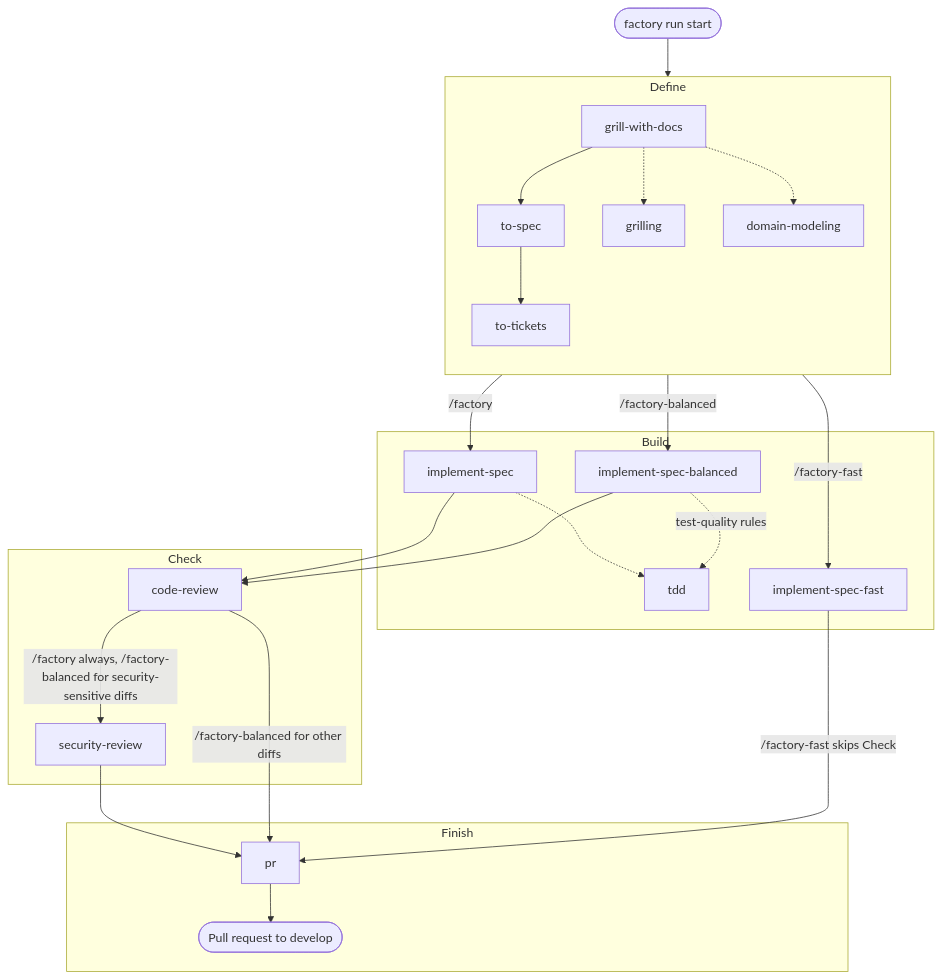
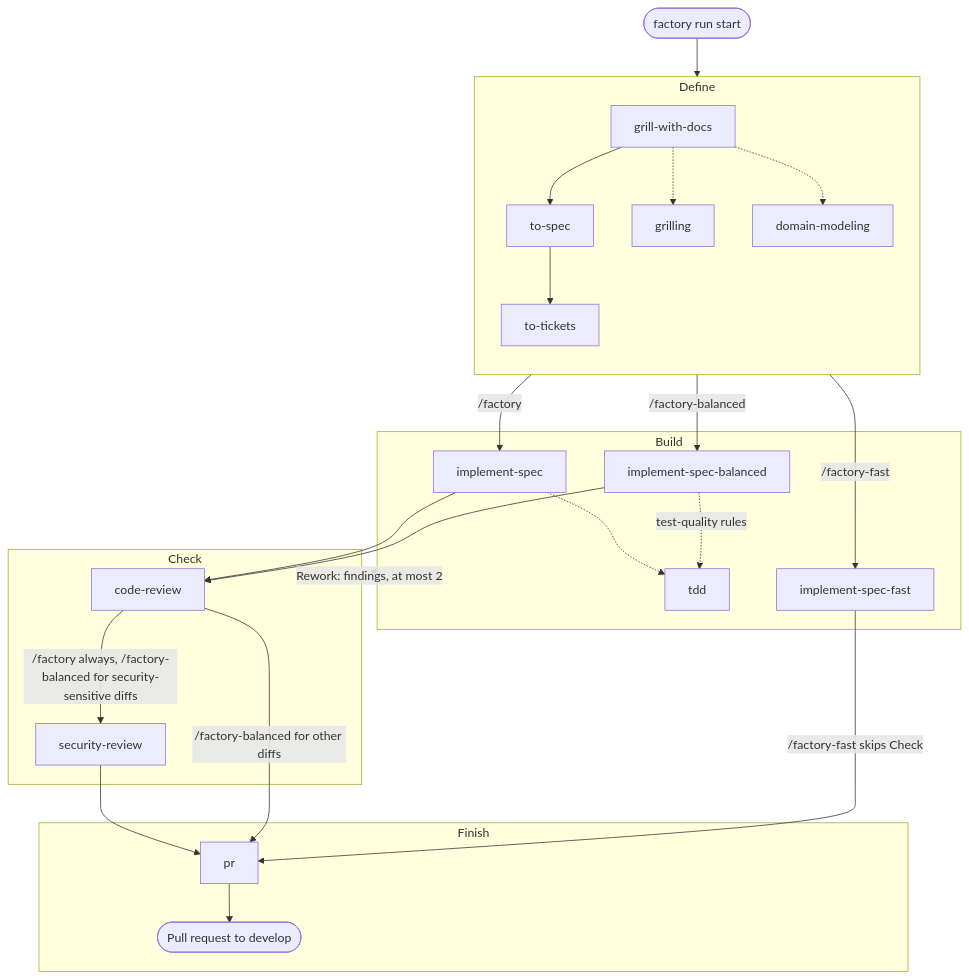
One commit to TDSchreur/jidoka changed the diagram in README.md. Above: the diagram before and after it, drawn with Mermaid. The commit also changed other lines of this file and 6 other files, not shown here.

First line of the commit message:
Send Check findings back to Build for at most two Reworks (#38)

````diff
--- a/README.md
+++ b/README.md
@@ -99,34 +102,35 @@
 ```mermaid
 flowchart TB
     start([factory run start]) --> define
 
     subgraph define [Define]
         direction TB
         grill[grill-with-docs] --> spec[to-spec] --> tickets[to-tickets]
         grill -.-> grilling[grilling]
         grill -.-> domain[domain-modeling]
     end
 
     subgraph build [Build]
         impl[implement-spec] -.-> tdd[tdd]
         implbal[implement-spec-balanced] -.->|test-quality rules| tdd
         implfast[implement-spec-fast]
     end
 
     subgraph check [Check]
         review[code-review] -->|/factory always, /factory-balanced for security-sensitive diffs| security[security-review]
     end
 
     subgraph finish [Finish]
         pr[pr] --> pull([Pull request to develop])
     end
 
     define -->|/factory| impl
     define -->|/factory-balanced| implbal
     define -->|/factory-fast| implfast
     impl --> review
     implbal --> review
+    check -.->|Rework: findings, at most 2| build
     security --> pr
     review -->|/factory-balanced for other diffs| pr
     implfast -->|/factory-fast skips Check| pr
 ```
````
